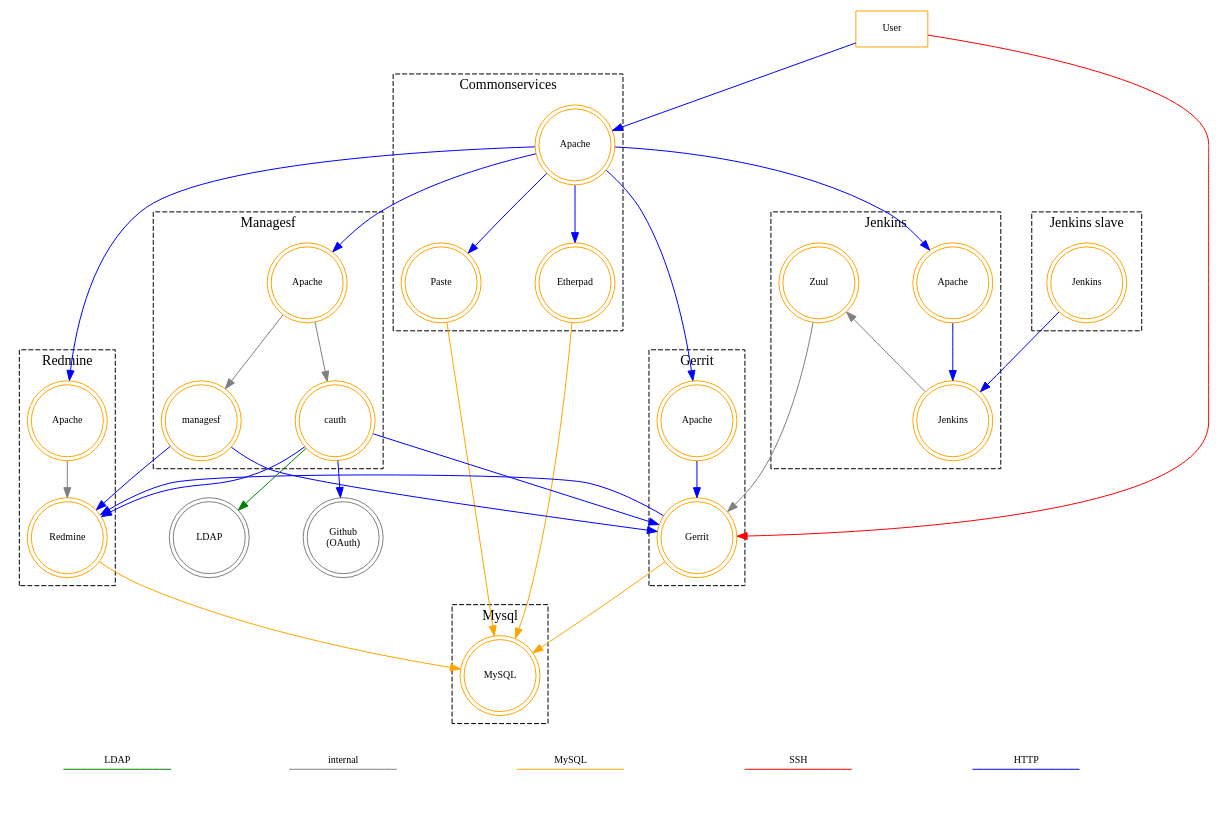
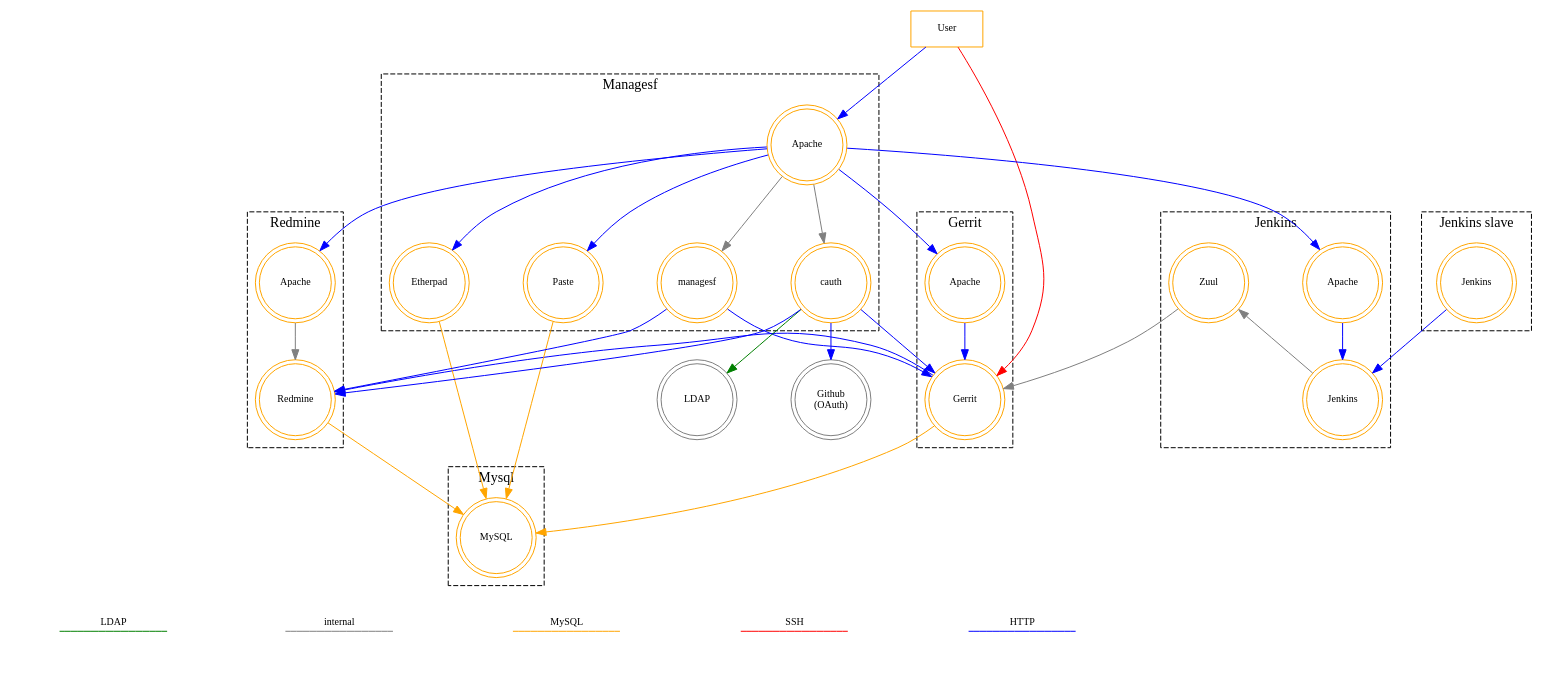
Before and after one commit to redhat-cip/software-factory: the diagram in docs/components.dot, drawn with Graphviz. The commit also changed 19 other files, not shown here.

Commit message:
Merge commonservices and managesf node

```diff
--- a/docs/components.dot
+++ b/docs/components.dot
@@ -1,126 +1,119 @@
 digraph {
     # General settings
     nodesep = 0.75
     node [shape=doublecircle,color=orange,fontsize=10,width=1.0]
     edge [fontsize=10];
 
     # Node definitions
     "User" [shape=box];
     "LDAP" [color=gray];
     "Github" [color=gray label="Github\n(OAuth)"];
 
     subgraph cluster_agenda {
         # We fake an agenda here by making the nodes invisible,
         # showing only the edges with a label
         style=invis;
 
         node [fontsize=0 width=0 style=invis]
 
         {rank=same; h1; h2;}
         h1 -> h2 [label="HTTP" color="blue" dir=none];
 
         {rank=same; s1; s2;}
         s1 -> s2 [label="SSH" color="red" dir=none];
 
         {rank=same; m1; m2;}
         m1 -> m2 [label="MySQL" color="orange" dir=none];
 
         {rank=same; i1; i2;}
         i1 -> i2 [label="internal" color="gray" dir=none];
 
         {rank=same; l1; l2;}
         l1 -> l2 [label="LDAP" color="green" dir=none];
-    }
-
-    subgraph cluster_common {
-        style = dashed;
-        label="Commonservices";
-        "Apache";
-        "Etherpad";
-        "Paste";
     }
 
     subgraph cluster_gerrit {
         style = dashed;
         label="Gerrit";
         "Gerrit";
         "GerritApache" [label="Apache"];
     }
 
     subgraph cluster_jenkins {
         style = dashed;
         label="Jenkins";
         "master" [label="Jenkins"];
         "JenkinsApache" [label="Apache"];
         "Zuul";
     }
 
     subgraph cluster_redmine {
         style = dashed;
         label="Redmine";
         "Redmine";
         "RedmineApache" [label="Apache"];
     }
 
     subgraph cluster_mysql {
         style = dashed;
         label="Mysql";
         "MySQL";
     }
 
     subgraph cluster_slave {
         style = dashed;
         label="Jenkins slave";
         "slave" [label="Jenkins"];
     }
 
     subgraph cluster_managesf {
         style = dashed;
         label="Managesf";
-        "ManagesfApache" [label="Apache"];
+        "Apache";
+        "Etherpad";
+        "Paste";
         "managesf";
         "cauth";
     }
 
     # Now all the connections (edges) between the nodes
 
     edge [color=blue];
     "User" -> "Apache";
     "Apache" -> "Etherpad";
     "Apache" -> "Paste";
     "Apache" -> "GerritApache";
     "Apache" -> "JenkinsApache";
     "Apache" -> "RedmineApache";
-    "Apache" -> "ManagesfApache";
     "GerritApache" -> "Gerrit";
     "JenkinsApache" -> "master";
     "slave" -> "master";
     "cauth" -> "Github";
     "cauth" -> "Redmine";
     "cauth" -> "Gerrit";
     "managesf" -> "Redmine";
     "managesf" -> "Gerrit";
     "Gerrit" -> "Redmine" [constraint=False];
 
     edge [color=red];
     "User" -> "Gerrit";
 
     edge [color=orange];
     "Redmine" -> "MySQL";
     "Gerrit" -> "MySQL";
     "Etherpad" -> "MySQL";
     "Paste" -> "MySQL";
 
     edge [color=gray];
     "RedmineApache" -> "Redmine";
-    "ManagesfApache" -> "cauth";
-    "ManagesfApache" -> "managesf";
+    "Apache" -> "cauth";
+    "Apache" -> "managesf";
     "master" -> "Zuul" [constraint=False];
     "Zuul" -> "Gerrit";
 
     edge [color=green];
     "cauth" -> "LDAP";
 
     # This is a hack to push the agenda below the other nodes
     MySQL -> m1 [style=invis];
 }
```
